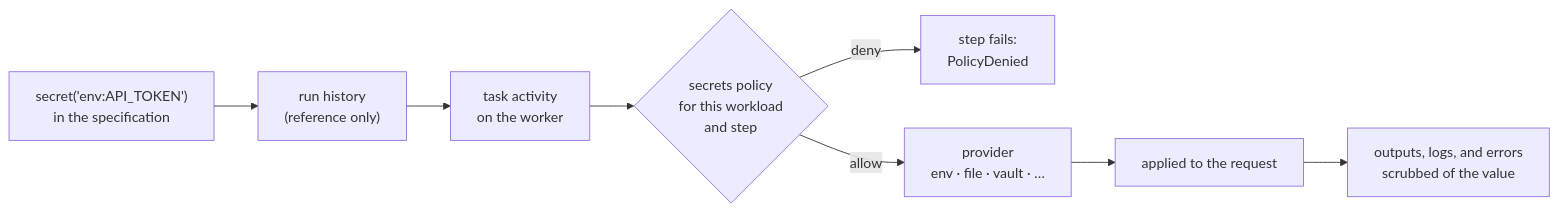
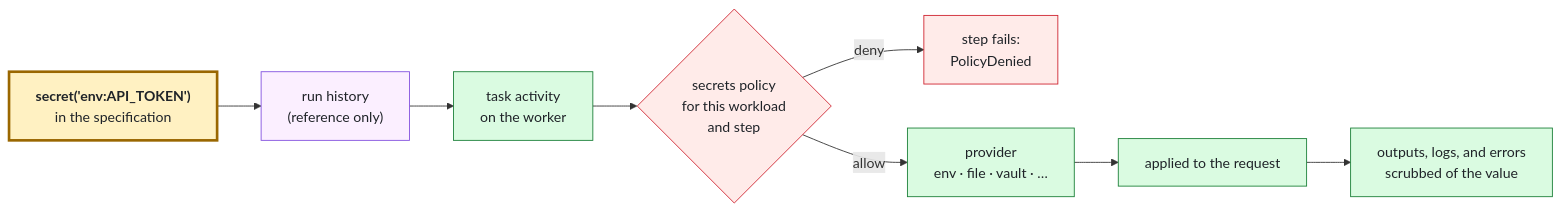
The diagram in docs/SECRETS.md (picatz/flowstate), drawn with Mermaid before and after one commit. The commit also changed 8 other files, not shown here.

First line of the commit message:
docs: give every diagram one palette and a style guide

````diff
--- a/docs/SECRETS.md
+++ b/docs/SECRETS.md
@@ -74,10 +74,24 @@
 ```mermaid
 flowchart LR
-  Ref["secret('env:API_TOKEN')<br/>in the specification"] --> Hist["run history<br/>(reference only)"]
-  Hist --> Act["task activity<br/>on the worker"]
-  Act --> Policy{"secrets policy<br/>for this workload<br/>and step"}
-  Policy -- deny --> Fail["step fails:<br/>PolicyDenied"]
-  Policy -- allow --> Prov["provider<br/>env · file · vault · …"]
-  Prov --> Req["applied to the request"]
-  Req --> Scrub["outputs, logs, and errors<br/>scrubbed of the value"]
+  Ref["<b>secret('env:API_TOKEN')</b><br/>in the specification"]
+  Hist["run history<br/>(reference only)"]
+  Act["task activity<br/>on the worker"]
+  Policy{"secrets policy<br/>for this workload<br/>and step"}
+  Fail["step fails:<br/>PolicyDenied"]
+  Prov["provider<br/>env · file · vault · …"]
+  Req["applied to the request"]
+  Scrub["outputs, logs, and errors<br/>scrubbed of the value"]
+
+  Ref --> Hist --> Act --> Policy
+  Policy -- deny --> Fail
+  Policy -- allow --> Prov --> Req --> Scrub
+
+  classDef contract fill:#FFF1C2,stroke:#9A6700,stroke-width:3px,color:#1F2328
+  classDef durable fill:#FBEFFF,stroke:#8250DF,color:#1F2328
+  classDef runtime fill:#DAFBE1,stroke:#1A7F37,color:#1F2328
+  classDef govern fill:#FFEBE9,stroke:#CF222E,color:#1F2328
+  class Ref contract
+  class Hist durable
+  class Act,Prov,Req,Scrub runtime
+  class Policy,Fail govern
 ```
````
